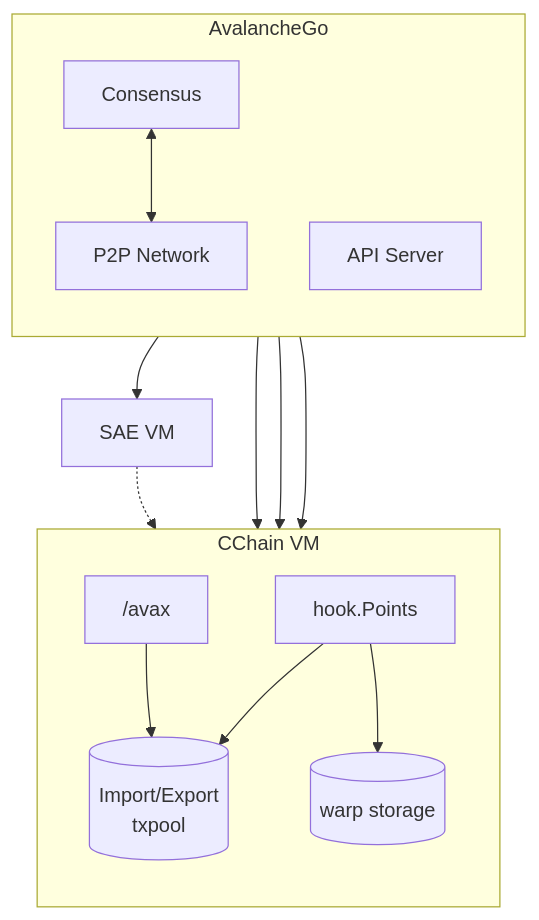
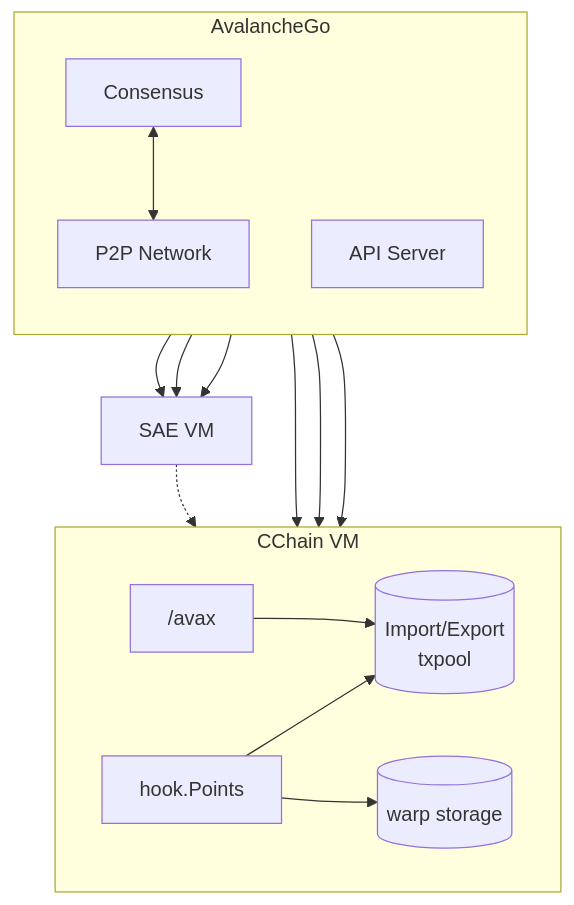
Before and after one commit to ava-labs/avalanchego: the first of 4 diagrams in vms/saevm/cchain/README.md, drawn with Mermaid.

````diff
--- a/vms/saevm/cchain/README.md
+++ b/vms/saevm/cchain/README.md
@@ -9,31 +9,33 @@
 ```mermaid
 flowchart TB
     subgraph avago["AvalancheGo"]
         direction TB
         consensus["Consensus"]
         p2pin["P2P Network"]
         httpd["API Server"]
         consensus <--> p2pin
     end
 
     saevm["SAE VM"]
 
     subgraph cchain["CChain VM"]
-        direction TB
+        direction LR
         cc_rpc["/avax"]
+        cc_hook["hook.Points"]
         cc_pool[("Import/Export<br/>txpool")]
-        cc_hook["hook.Points"]
         cc_warp_store[("warp storage")]
     end
 
-    avago --> saevm
+    consensus --> saevm
+    p2pin --> saevm
+    httpd --> saevm
     httpd --> cc_rpc
     p2pin --> cc_pool
     p2pin --> cc_warp_store
 
     saevm -.-> cc_hook
 
     cc_rpc --> cc_pool
     cc_hook --> cc_pool
     cc_hook --> cc_warp_store
 ```
````
